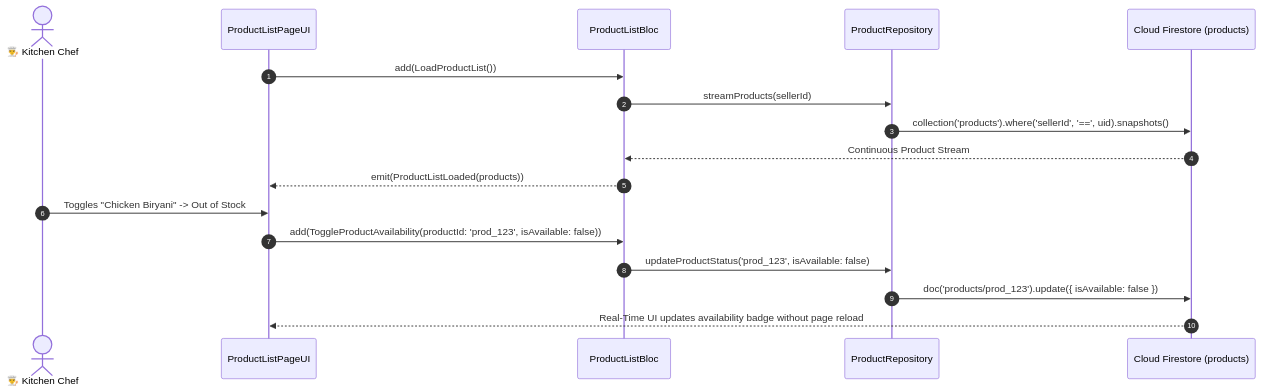
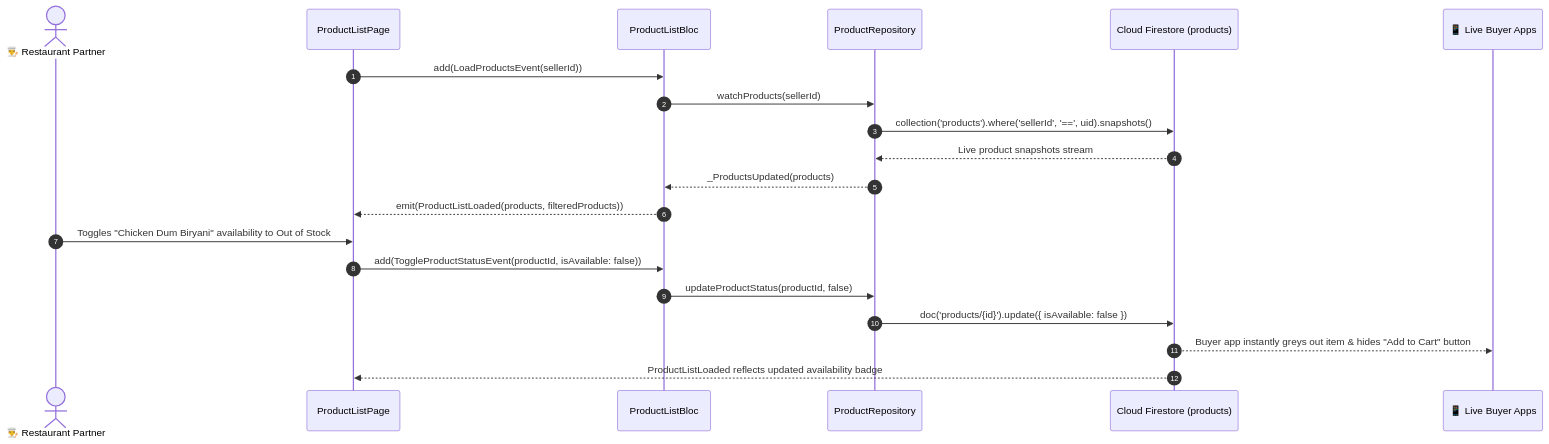
Before and after one commit to SRIKUMAR10/food_delivery_app: the diagram in .md_files/04_Seller_Human_Journey_And_Testing/04_Catalog_Menu_And_Inventory/13_PRODUCT_LIST_PAGE.md, drawn with Mermaid. The commit also changed other lines of this file and 204 other files, not shown here.

````diff
--- a/.md_files/04_Seller_Human_Journey_And_Testing/04_Catalog_Menu_And_Inventory/13_PRODUCT_LIST_PAGE.md
+++ b/.md_files/04_Seller_Human_Journey_And_Testing/04_Catalog_Menu_And_Inventory/13_PRODUCT_LIST_PAGE.md
@@ -17,20 +18,23 @@
 ```mermaid
 sequenceDiagram
     autonumber
-    actor Chef as 👨‍🍳 Kitchen Chef
-    participant UI as ProductListPageUI
+    actor Seller as 👨‍🍳 Restaurant Partner
+    participant UI as ProductListPage
     participant Bloc as ProductListBloc
     participant Repo as ProductRepository
     participant FS as Cloud Firestore (products)
+    participant BuyerApp as 📱 Live Buyer Apps
 
-    UI->>Bloc: add(LoadProductList())
-    Bloc->>Repo: streamProducts(sellerId)
+    UI->>Bloc: add(LoadProductsEvent(sellerId))
+    Bloc->>Repo: watchProducts(sellerId)
     Repo->>FS: collection('products').where('sellerId', '==', uid).snapshots()
-    FS-->>Bloc: Continuous Product Stream
-    Bloc-->>UI: emit(ProductListLoaded(products))
-    Chef->>UI: Toggles "Chicken Biryani" -> Out of Stock
-    UI->>Bloc: add(ToggleProductAvailability(productId: 'prod_123', isAvailable: false))
-    Bloc->>Repo: updateProductStatus('prod_123', isAvailable: false)
-    Repo->>FS: doc('products/prod_123').update({ isAvailable: false })
-    FS-->>UI: Real-Time UI updates availability badge without page reload
+    FS-->>Repo: Live product snapshots stream
+    Repo-->>Bloc: _ProductsUpdated(products)
+    Bloc-->>UI: emit(ProductListLoaded(products, filteredProducts))
+    Seller->>UI: Toggles "Chicken Dum Biryani" availability to Out of Stock
+    UI->>Bloc: add(ToggleProductStatusEvent(productId, isAvailable: false))
+    Bloc->>Repo: updateProductStatus(productId, false)
+    Repo->>FS: doc('products/{id}').update({ isAvailable: false })
+    FS-->>BuyerApp: Buyer app instantly greys out item & hides "Add to Cart" button
+    FS-->>UI: ProductListLoaded reflects updated availability badge
 ```
````
